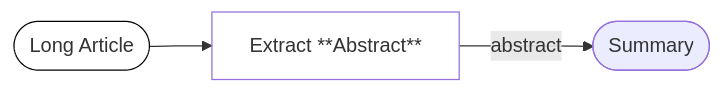
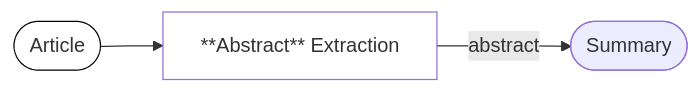
Before and after one commit to whopriyamuw/biolaysumm2025-task: the third of 7 diagrams in reports/presentation/slides.md, drawn with Mermaid. The commit also changed other lines of this file and 1 other file, not shown here.

````diff
--- a/reports/presentation/slides.md
+++ b/reports/presentation/slides.md
@@ -270,12 +320,12 @@
 ```mermaid {theme: 'default'}
 flowchart LR
-  input([Long Article])
-  extractive[Extract **Abstract**]
+  input([Article])
+  extractive[**Abstract** Extraction]
   output([Summary])
 
   input --> extractive
   extractive -- "abstract" --> output
 
   style input fill:none,stroke:#000;
   style extractive fill:none;
 ```
````
